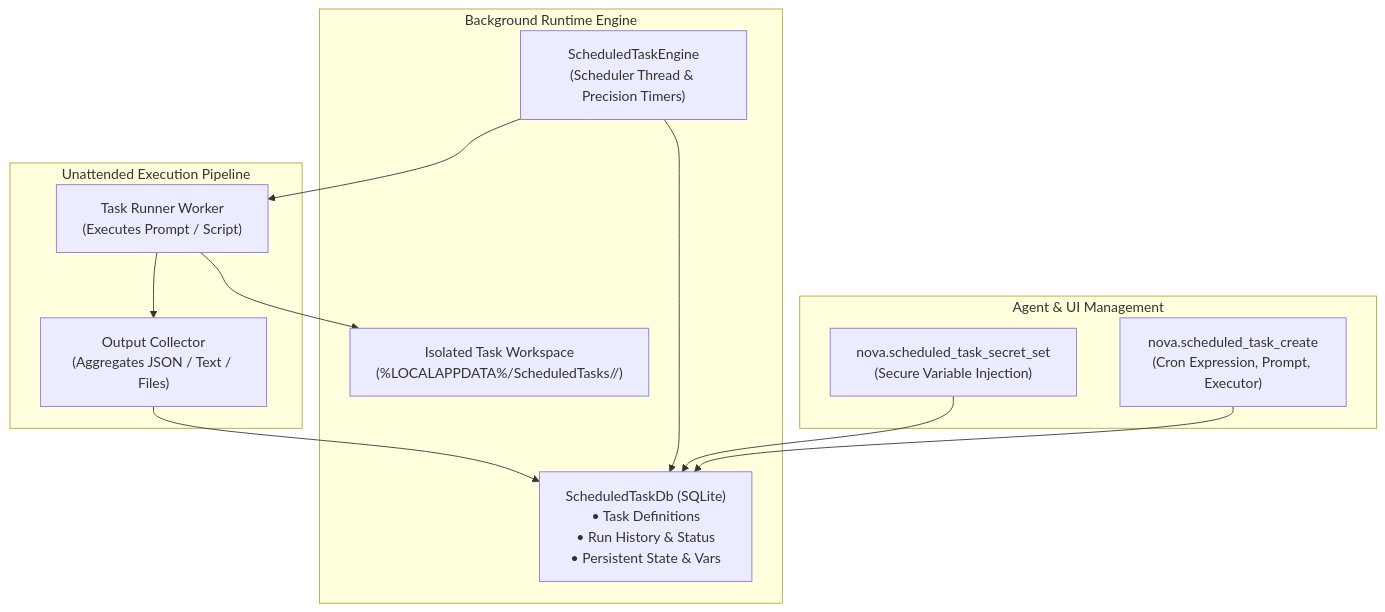
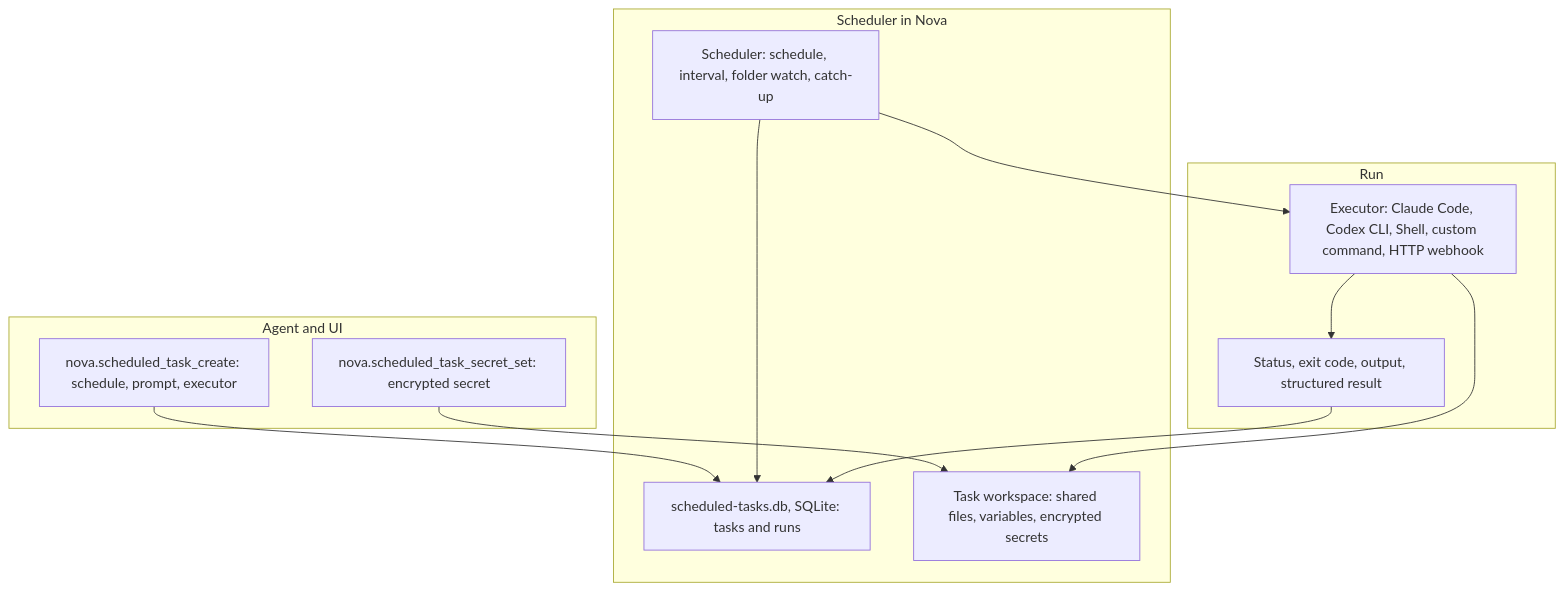
The diagram in docs/core-features/scheduled-tasks.md (joelaniol/nova), drawn with Mermaid before and after one commit. The commit also changed other lines of this file and 495 other files, not shown here.

````diff
--- a/docs/core-features/scheduled-tasks.md
+++ b/docs/core-features/scheduled-tasks.md
@@ -26,26 +26,26 @@
 ```mermaid
 flowchart TD
-    subgraph Management["Agent & UI Management"]
-        Create["nova.scheduled_task_create<br>(Cron Expression, Prompt, Executor)"]
-        Secrets["nova.scheduled_task_secret_set<br>(Secure Variable Injection)"]
+    subgraph Management["Agent and UI"]
+        Create["nova.scheduled_task_create: schedule, prompt, executor"]
+        Secrets["nova.scheduled_task_secret_set: encrypted secret"]
     end
 
-    subgraph Scheduler["Background Runtime Engine"]
-        Engine["ScheduledTaskEngine<br>(Scheduler Thread & Precision Timers)"]
-        Db["ScheduledTaskDb (SQLite)<br>• Task Definitions<br>• Run History & Status<br>• Persistent State & Vars"]
-        Workspace["Isolated Task Workspace<br>(%LOCALAPPDATA%/ScheduledTasks/<taskId>/)"]
+    subgraph Scheduler["Scheduler in Nova"]
+        Engine["Scheduler: schedule, interval, folder watch, catch-up"]
+        Db["scheduled-tasks.db, SQLite: tasks and runs"]
+        Workspace["Task workspace: shared files, variables, encrypted secrets"]
     end
 
-    subgraph Execution["Unattended Execution Pipeline"]
-        Runner["Task Runner Worker<br>(Executes Prompt / Script)"]
-        Collector["Output Collector<br>(Aggregates JSON / Text / Files)"]
+    subgraph Execution["Run"]
+        Runner["Executor: Claude Code, Codex CLI, Shell, custom command, HTTP webhook"]
+        Collector["Status, exit code, output, structured result"]
     end
 
     Create --> Db
-    Secrets --> Db
+    Secrets --> Workspace
     Engine --> Db
     Engine --> Runner
     Runner --> Workspace
     Runner --> Collector
     Collector --> Db
 ```
````
